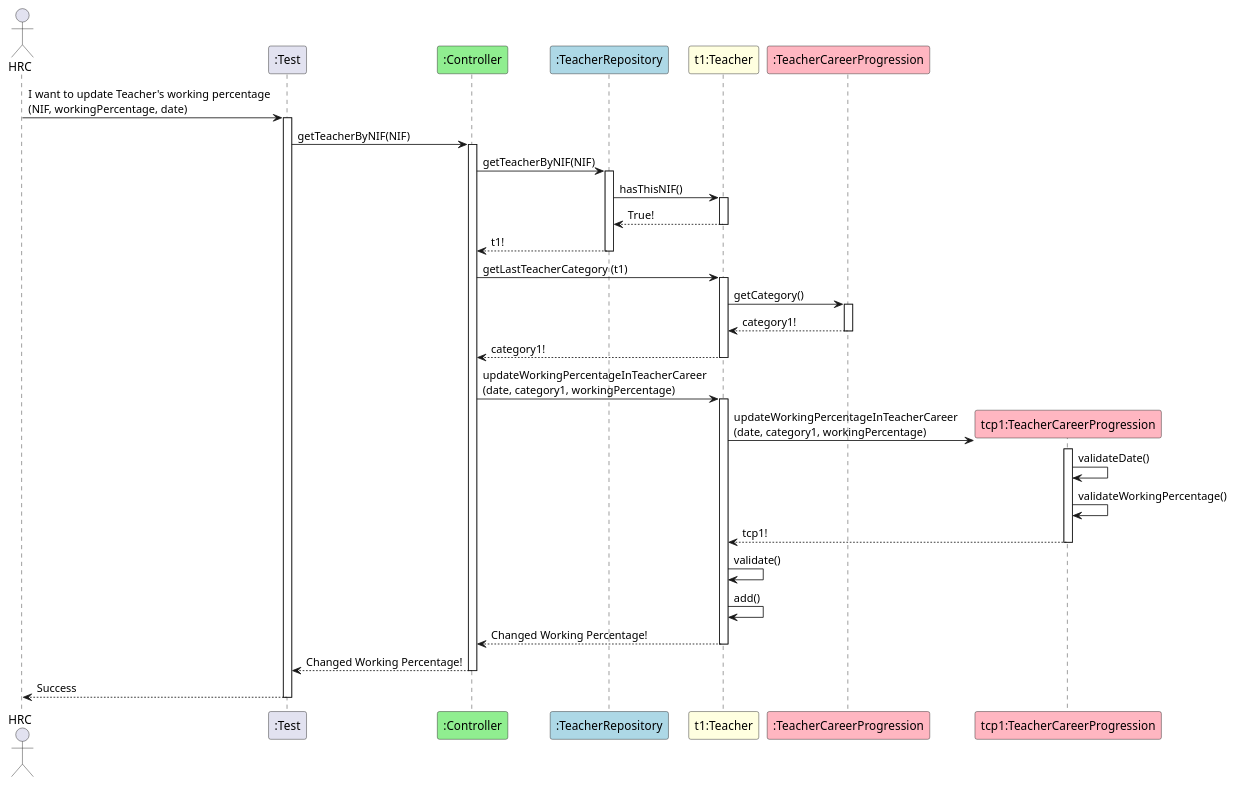
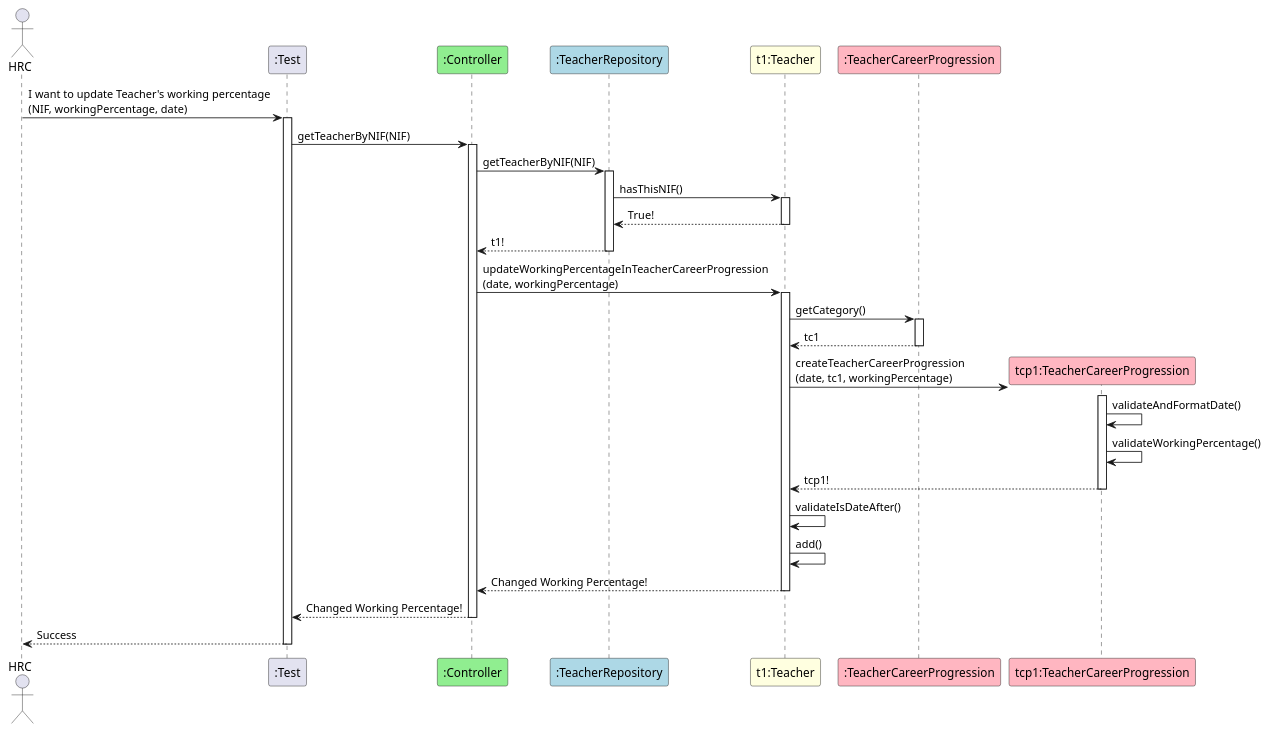
The diagram in docs/sequenceSystemDiagrams/US15/US15_UpdateTeacherWorkingPercentage.puml (GasparISEP/DevOps-PAI), drawn with PlantUML before and after one commit. The commit also changed 2 other files, not shown here.

Commit message:
-Added US15_UpdateTeacherWorkingPercentageController + tests -Altered US15 Sequence Diagram

```diff
--- a/docs/sequenceSystemDiagrams/US15/US15_UpdateTeacherWorkingPercentage.puml
+++ b/docs/sequenceSystemDiagrams/US15/US15_UpdateTeacherWorkingPercentage.puml
@@ -1,54 +1,52 @@
 @startuml
 
 actor HRC
 participant ":Test" as Test
 participant ":Controller" as Controller #lightgreen
 participant ":TeacherRepository" as TR #lightblue
 participant "t1:Teacher" as Teacher #lightyellow
 participant ":TeacherCareerProgression" as TCP #lightpink
 participant "tcp1:TeacherCareerProgression" as TCP1 #lightpink
 
 
 HRC -> Test : I want to update Teacher's working percentage \n(NIF, workingPercentage, date)
 activate Test
 Test -> Controller : getTeacherByNIF(NIF)
 activate Controller
 Controller -> TR : getTeacherByNIF(NIF)
 activate TR
 TR -> Teacher : hasThisNIF()
 activate Teacher
 Teacher --> TR : True!
 deactivate Teacher
 TR --> Controller : t1!
 deactivate TR
-Controller -> Teacher : getLastTeacherCategory (t1)
 
+deactivate TCP
+deactivate TR
+
+deactivate Teacher
+
+Controller -> Teacher : updateWorkingPercentageInTeacherCareerProgression \n(date, workingPercentage)
 activate Teacher
 Teacher -> TCP : getCategory()
 activate TCP
-TCP --> Teacher : category1!
+TCP --> Teacher : tc1
 deactivate TCP
-deactivate TR
-
-Teacher --> Controller : category1!
-deactivate Teacher
-
-Controller -> Teacher : updateWorkingPercentageInTeacherCareer \n(date, category1, workingPercentage)
-activate Teacher
-Teacher -> TCP1** : updateWorkingPercentageInTeacherCareer \n(date, category1, workingPercentage)
+Teacher -> TCP1** : createTeacherCareerProgression \n(date, tc1, workingPercentage)
 activate TCP1
-TCP1 -> TCP1 : validateDate()
+TCP1 -> TCP1 : validateAndFormatDate()
 TCP1 -> TCP1 : validateWorkingPercentage()
 TCP1 --> Teacher : tcp1!
 deactivate TCP1
-Teacher -> Teacher : validate()
+Teacher -> Teacher : validateIsDateAfter()
 Teacher -> Teacher : add()
 
 Teacher --> Controller : Changed Working Percentage!
 deactivate Teacher
 
 Controller --> Test : Changed Working Percentage!
 deactivate Controller
 Test --> HRC : Success
 deactivate Test
 @enduml
```
